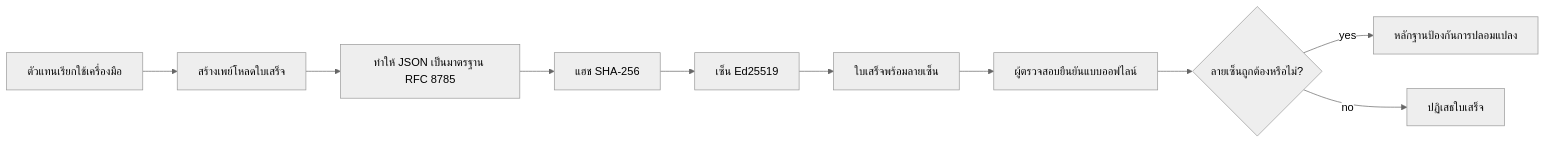
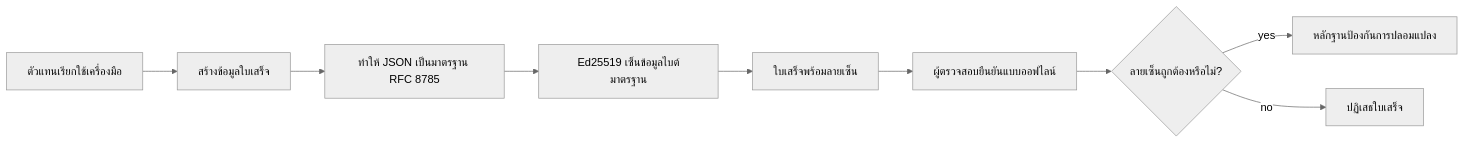
The first of 2 diagrams in translations/th/18-securing-ai-agents/README.md (microsoft/ai-agents-for-beginners), drawn with Mermaid (neutral theme) before and after one commit. The commit also changed other lines of this file and 46 other files, not shown here.

````diff
--- a/translations/th/18-securing-ai-agents/README.md
+++ b/translations/th/18-securing-ai-agents/README.md
@@ -51,12 +51,11 @@
 ```mermaid
 flowchart LR
-    A[ตัวแทนเรียกใช้เครื่องมือ] --> B[สร้างเพย์โหลดใบเสร็จ]
+    A[ตัวแทนเรียกใช้เครื่องมือ] --> B[สร้างข้อมูลใบเสร็จ]
     B --> C[ทำให้ JSON เป็นมาตรฐาน RFC 8785]
-    C --> D[แฮช SHA-256]
-    D --> E[เซ็น Ed25519]
+    C --> E[Ed25519 เซ็นข้อมูลไบต์มาตรฐาน]
     E --> F[ใบเสร็จพร้อมลายเซ็น]
     F --> G[ผู้ตรวจสอบยืนยันแบบออฟไลน์]
     G --> H{ลายเซ็นถูกต้องหรือไม่?}
     H -- yes --> I[หลักฐานป้องกันการปลอมแปลง]
     H -- no --> J[ปฏิเสธใบเสร็จ]
 ```
````
